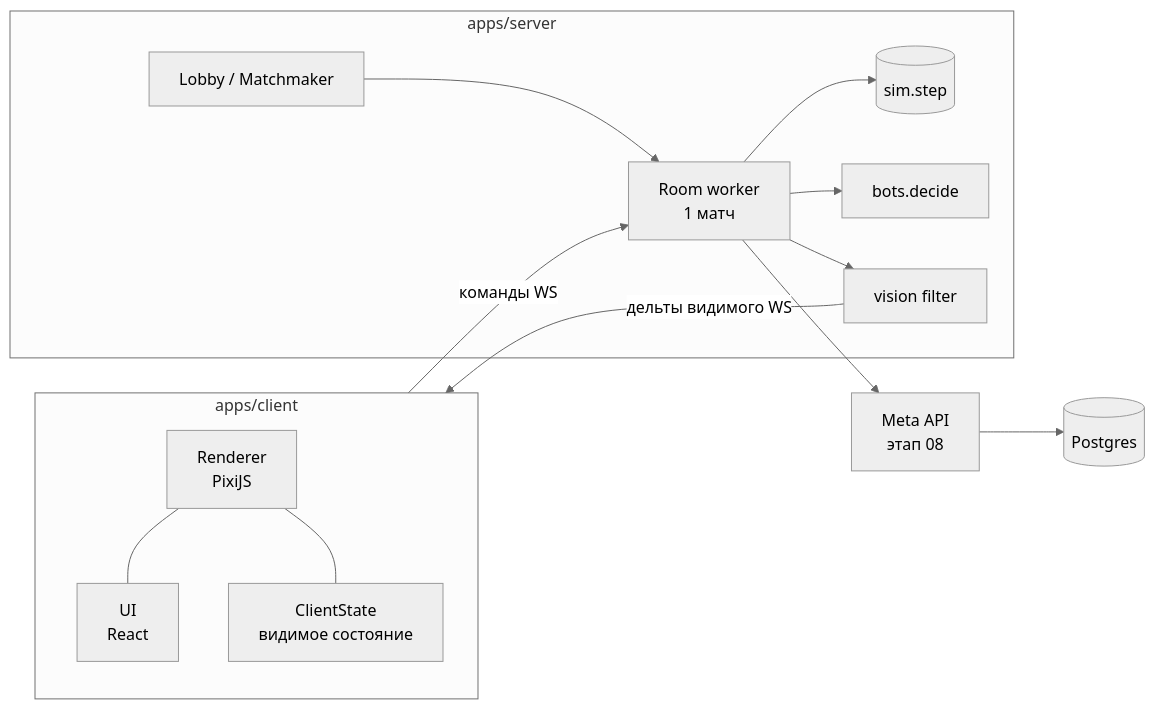
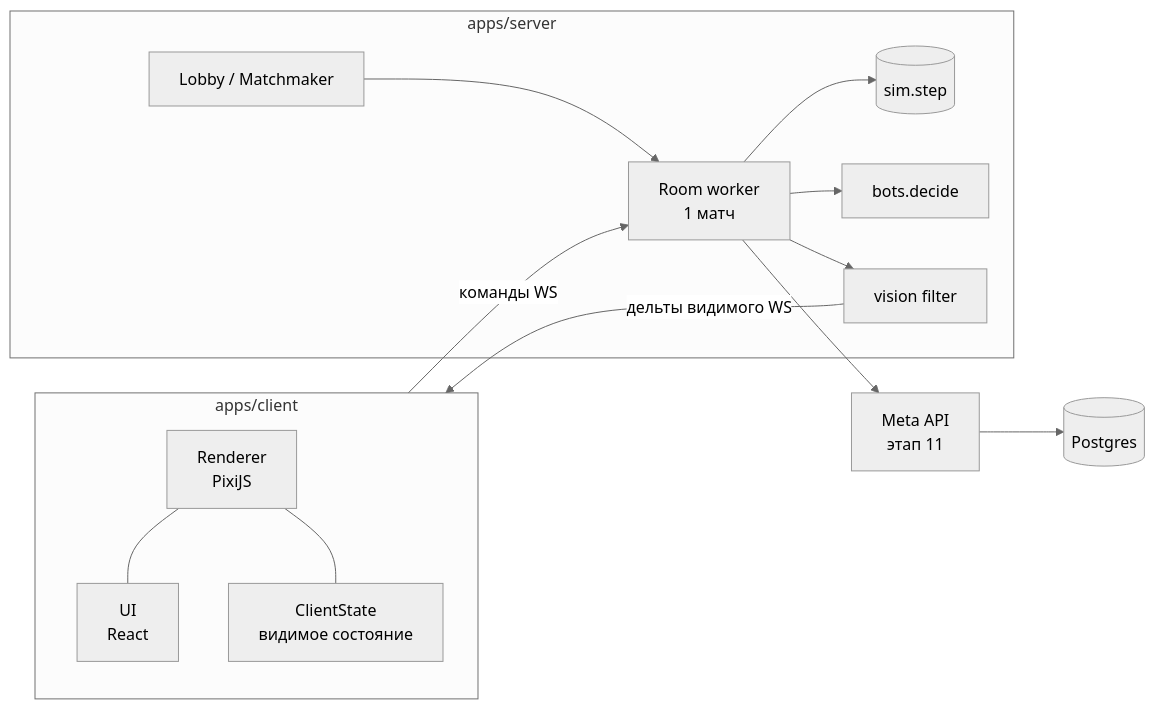
One commit to detektor133/HexFront changed the diagram in docs/architecture/overview.md. Above: the diagram before and after it, drawn with Mermaid (neutral theme). The commit also changed other lines of this file and 23 other files, not shown here.

````diff
--- a/docs/architecture/overview.md
+++ b/docs/architecture/overview.md
@@ -5,17 +5,17 @@
 ```mermaid
 flowchart LR
   subgraph Client[apps/client]
     R[Renderer<br/>PixiJS] --- UI[UI<br/>React]
     R --- CS[ClientState<br/>видимое состояние]
   end
   subgraph Server[apps/server]
     L[Lobby / Matchmaker] --> Room[Room worker<br/>1 матч]
     Room --> SIM[(sim.step)]
     Room --> BOT[bots.decide]
     Room --> VIS[vision filter]
   end
   Client -- команды WS --> Room
   VIS -- дельты видимого WS --> Client
-  Room --> Meta[Meta API<br/>этап 08]
+  Room --> Meta[Meta API<br/>этап 11]
   Meta --> DB[(Postgres)]
 ```
````
